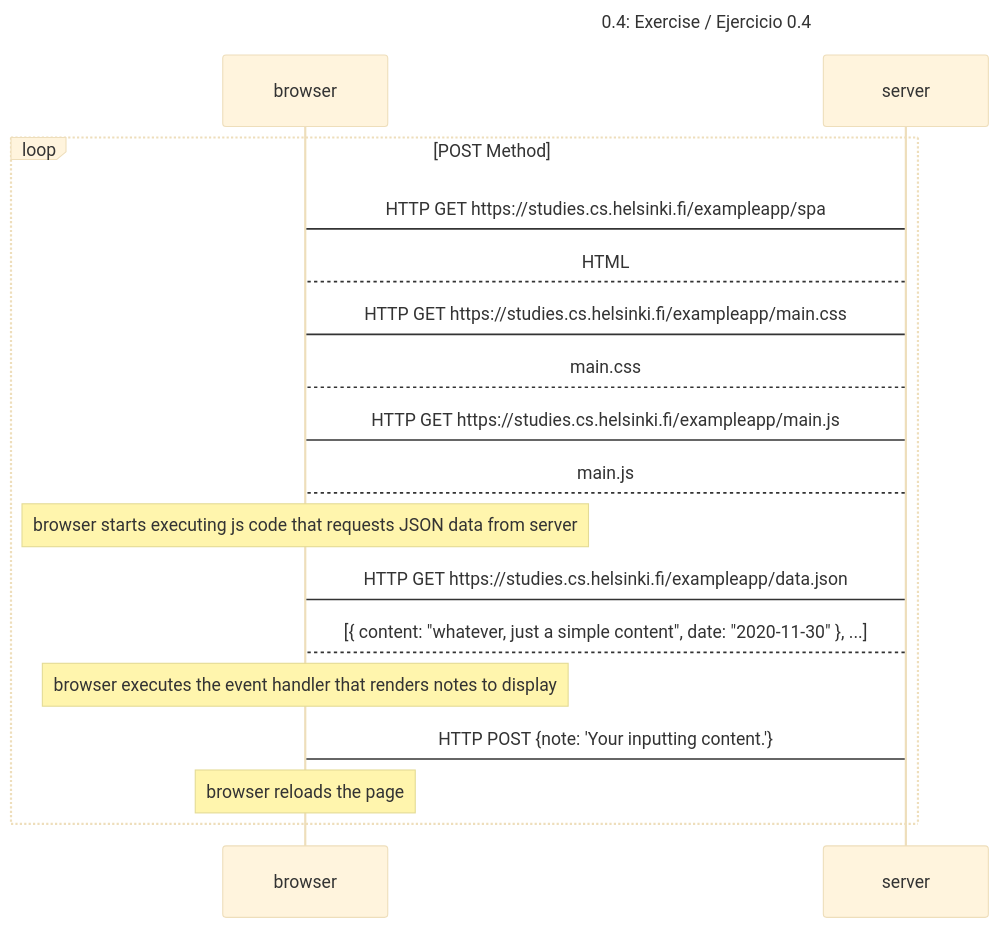
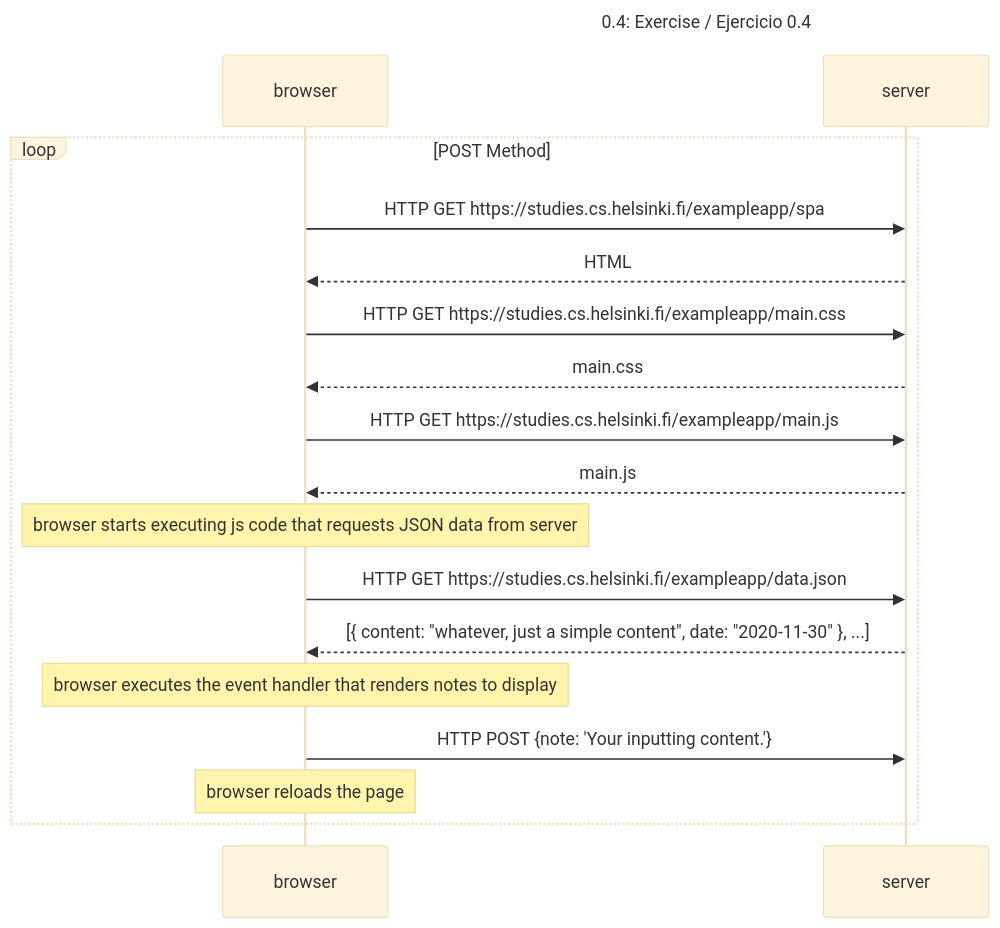
The diagram in Part0/ Exercise 0.4.md (Marher0181/Full-Stack-Open-2023), drawn with Mermaid (base theme) before and after one commit.

Commit message:
Update  Exercise 0.4.md

````diff
--- a/Part0/ Exercise 0.4.md
+++ b/Part0/ Exercise 0.4.md
@@ -3,24 +3,24 @@
 ```mermaid
 sequenceDiagram
     Title: 0.4: Exercise / Ejercicio 0.4
 
     loop POST Method
-        browser->server: HTTP GET https://studies.cs.helsinki.fi/exampleapp/spa
-        server-->browser: HTML
-        browser->server: HTTP GET https://studies.cs.helsinki.fi/exampleapp/main.css
-        server-->browser: main.css
-        browser->server: HTTP GET https://studies.cs.helsinki.fi/exampleapp/main.js
-        server-->browser: main.js
+        browser->>server: HTTP GET https://studies.cs.helsinki.fi/exampleapp/spa
+        server-->>browser: HTML
+        browser->>server: HTTP GET https://studies.cs.helsinki.fi/exampleapp/main.css
+        server-->>browser: main.css
+        browser->>server: HTTP GET https://studies.cs.helsinki.fi/exampleapp/main.js
+        server-->>browser: main.js
 
         note over browser: browser starts executing js code that requests JSON data from server
 
-        browser->server: HTTP GET https://studies.cs.helsinki.fi/exampleapp/data.json
-        server-->browser: [{ content: "whatever, just a simple content", date: "2020-11-30" }, ...]
+        browser->>server: HTTP GET https://studies.cs.helsinki.fi/exampleapp/data.json
+        server-->>browser: [{ content: "whatever, just a simple content", date: "2020-11-30" }, ...]
 
         note over browser: browser executes the event handler that renders notes to display
 
-        browser->server: HTTP POST {note: 'Your inputting content.'}
+        browser->>server: HTTP POST {note: 'Your inputting content.'}
 
         note over browser: browser reloads the page
     end
 ```
````
